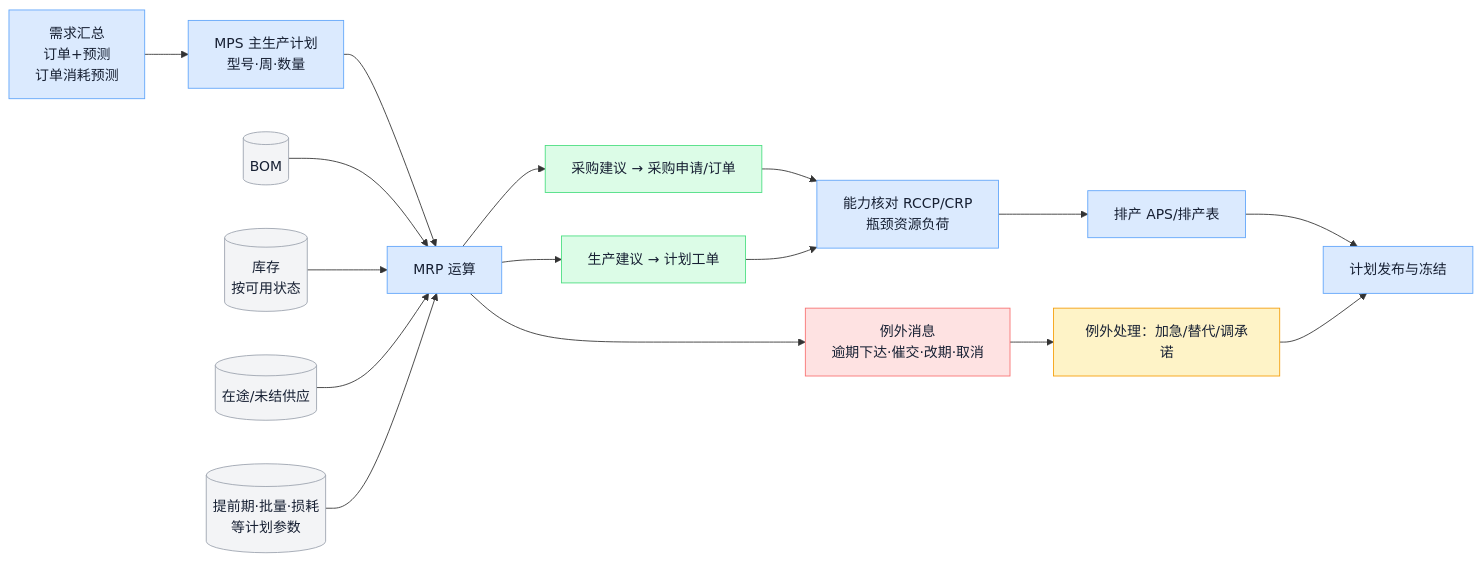
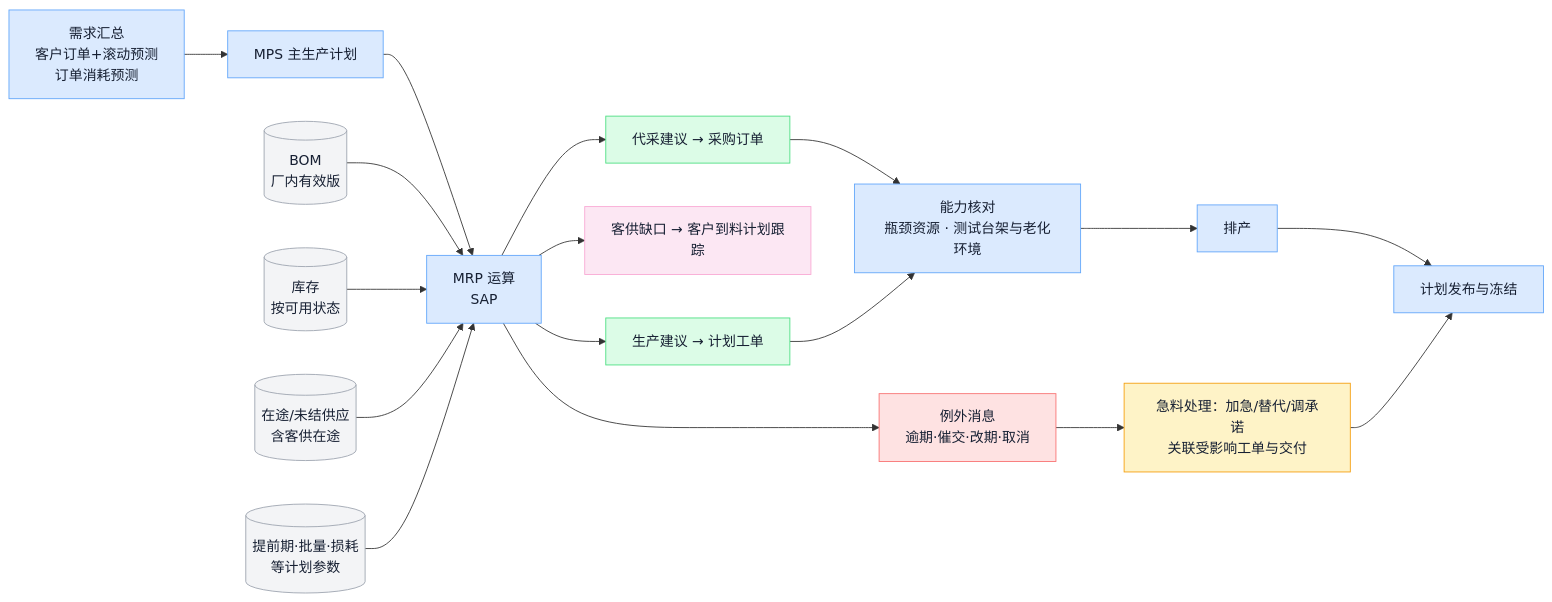
One commit to ink-hz/AI-Manufacturing-Platform changed the tenth of 18 diagrams in docs/manufacturing-system-handbook.md. Above: the diagram before and after it, drawn with Mermaid. The commit also changed other lines of this file and 9 other files, not shown here.

First line of the commit message:
docs: OEM revision of handbook, architecture, flows and design document

````diff
--- a/docs/manufacturing-system-handbook.md
+++ b/docs/manufacturing-system-handbook.md
@@ -408,25 +629,28 @@
 ```mermaid
 flowchart LR
-    A[需求汇总<br/>订单+预测<br/>订单消耗预测] --> B[MPS 主生产计划<br/>型号·周·数量]
-    B --> C[MRP 运算]
-    I1[(BOM)] --> C
-    I2[(库存<br/>按可用状态)] --> C
-    I3[(在途/未结供应)] --> C
-    I4[(提前期·批量·损耗<br/>等计划参数)] --> C
-    C --> D1[采购建议 → 采购申请/订单]
-    C --> D2[生产建议 → 计划工单]
-    C --> D3[例外消息<br/>逾期下达·催交·改期·取消]
-    D1 & D2 --> E[能力核对 RCCP/CRP<br/>瓶颈资源负荷]
-    E --> F[排产 APS/排产表] --> G[计划发布与冻结]
-    D3 --> H[例外处理：加急/替代/调承诺] --> G
+    A["需求汇总<br/>客户订单+滚动预测<br/>订单消耗预测"] --> B["MPS 主生产计划"]
+    B --> C["MRP 运算<br/>SAP"]
+    I1[("BOM<br/>厂内有效版")] --> C
+    I2[("库存<br/>按可用状态")] --> C
+    I3[("在途/未结供应<br/>含客供在途")] --> C
+    I4[("提前期·批量·损耗<br/>等计划参数")] --> C
+    C --> D1["代采建议 → 采购订单"]
+    C --> D2["客供缺口 → 客户到料计划跟踪"]
+    C --> D3["生产建议 → 计划工单"]
+    C --> D4["例外消息<br/>逾期·催交·改期·取消"]
+    D1 & D3 --> E["能力核对<br/>瓶颈资源 · 测试台架与老化环境"]
+    E --> F["排产"] --> G["计划发布与冻结"]
+    D4 --> H["急料处理：加急/替代/调承诺<br/>关联受影响工单与交付"] --> G
     class A,B,C,E,F,G biz
     class I1,I2,I3,I4 store
-    class D1,D2 exec
-    class D3 risk
+    class D1,D3 exec
+    class D2 cust
+    class D4 risk
     class H qa
     classDef biz fill:#DBEAFE,stroke:#60A5FA,color:#172033;
     classDef store fill:#F3F4F6,stroke:#9CA3AF,color:#172033;
     classDef exec fill:#DCFCE7,stroke:#4ADE80,color:#172033;
+    classDef cust fill:#FCE7F3,stroke:#F9A8D4,color:#172033;
     classDef risk fill:#FEE2E2,stroke:#F87171,color:#172033;
     classDef qa fill:#FEF3C7,stroke:#F59E0B,color:#172033;
 ```
````
